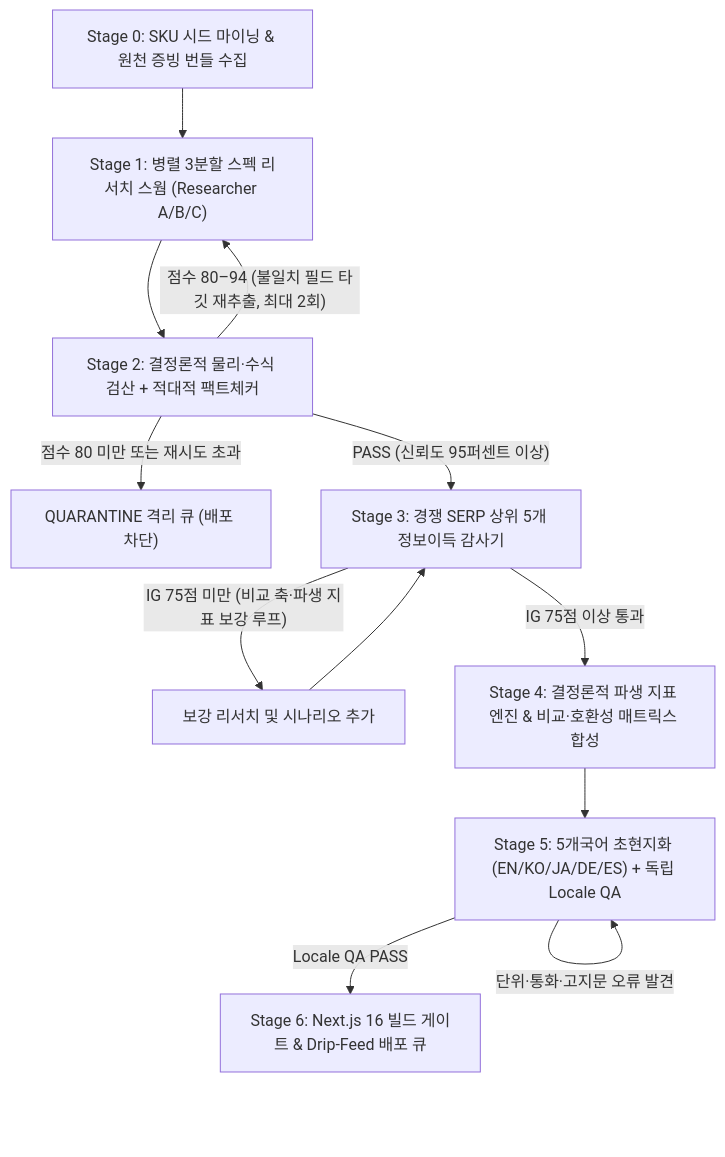
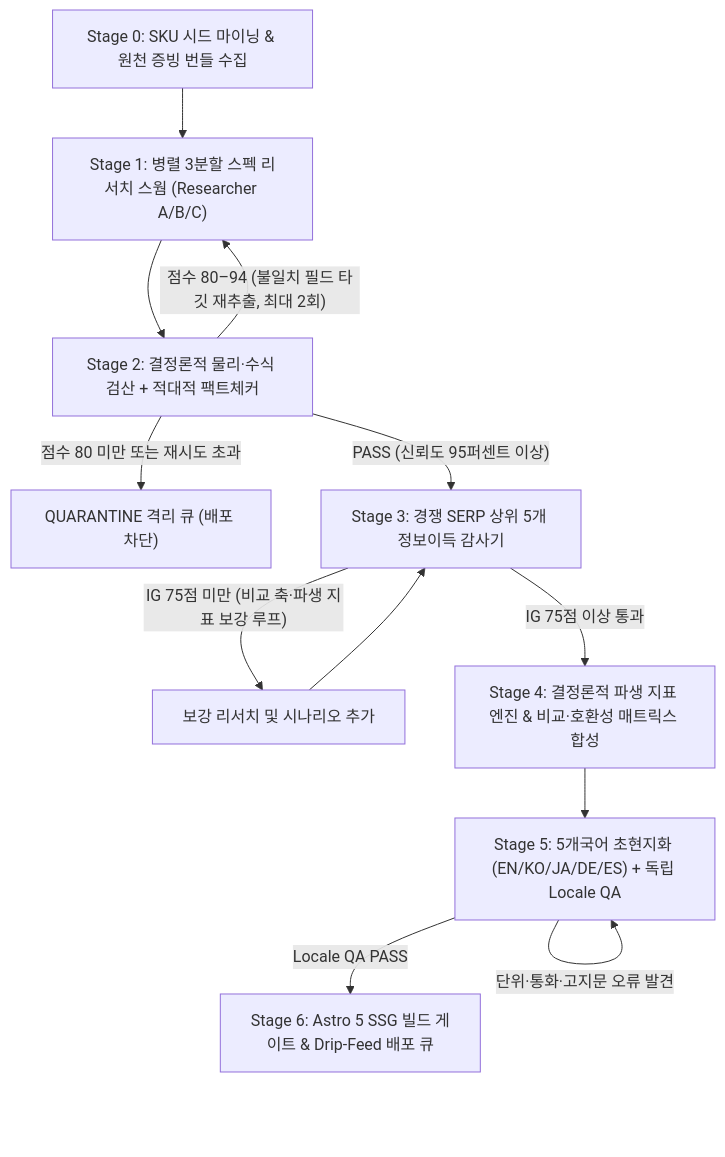
The diagram in docs/02-TOKEN-BURN-PIPELINE.md (kbu3986/specmatrix-global), drawn with Mermaid before and after one commit. The commit also changed other lines of this file and 79 other files, not shown here.

````diff
--- a/docs/02-TOKEN-BURN-PIPELINE.md
+++ b/docs/02-TOKEN-BURN-PIPELINE.md
@@ -15,14 +15,14 @@
 ```mermaid
 flowchart TD
     S0["Stage 0: SKU 시드 마이닝 & 원천 증빙 번들 수집"] --> S1["Stage 1: 병렬 3분할 스펙 리서치 스웜 (Researcher A/B/C)"]
     S1 --> S2["Stage 2: 결정론적 물리·수식 검산 + 적대적 팩트체커"]
     S2 -- "점수 80–94 (불일치 필드 타깃 재추출, 최대 2회)" --> S1
     S2 -- "점수 80 미만 또는 재시도 초과" --> Q["QUARANTINE 격리 큐 (배포 차단)"]
     S2 -- "PASS (신뢰도 95퍼센트 이상)" --> S3["Stage 3: 경쟁 SERP 상위 5개 정보이득 감사기"]
     S3 -- "IG 75점 미만 (비교 축·파생 지표 보강 루프)" --> S3B["보강 리서치 및 시나리오 추가"]
     S3B --> S3
     S3 -- "IG 75점 이상 통과" --> S4["Stage 4: 결정론적 파생 지표 엔진 & 비교·호환성 매트릭스 합성"]
     S4 --> S5["Stage 5: 5개국어 초현지화 (EN/KO/JA/DE/ES) + 독립 Locale QA"]
     S5 -- "단위·통화·고지문 오류 발견" --> S5
-    S5 -- "Locale QA PASS" --> S6["Stage 6: Next.js 16 빌드 게이트 & Drip-Feed 배포 큐"]
+    S5 -- "Locale QA PASS" --> S6["Stage 6: Astro 5 SSG 빌드 게이트 & Drip-Feed 배포 큐"]
 ```
````
